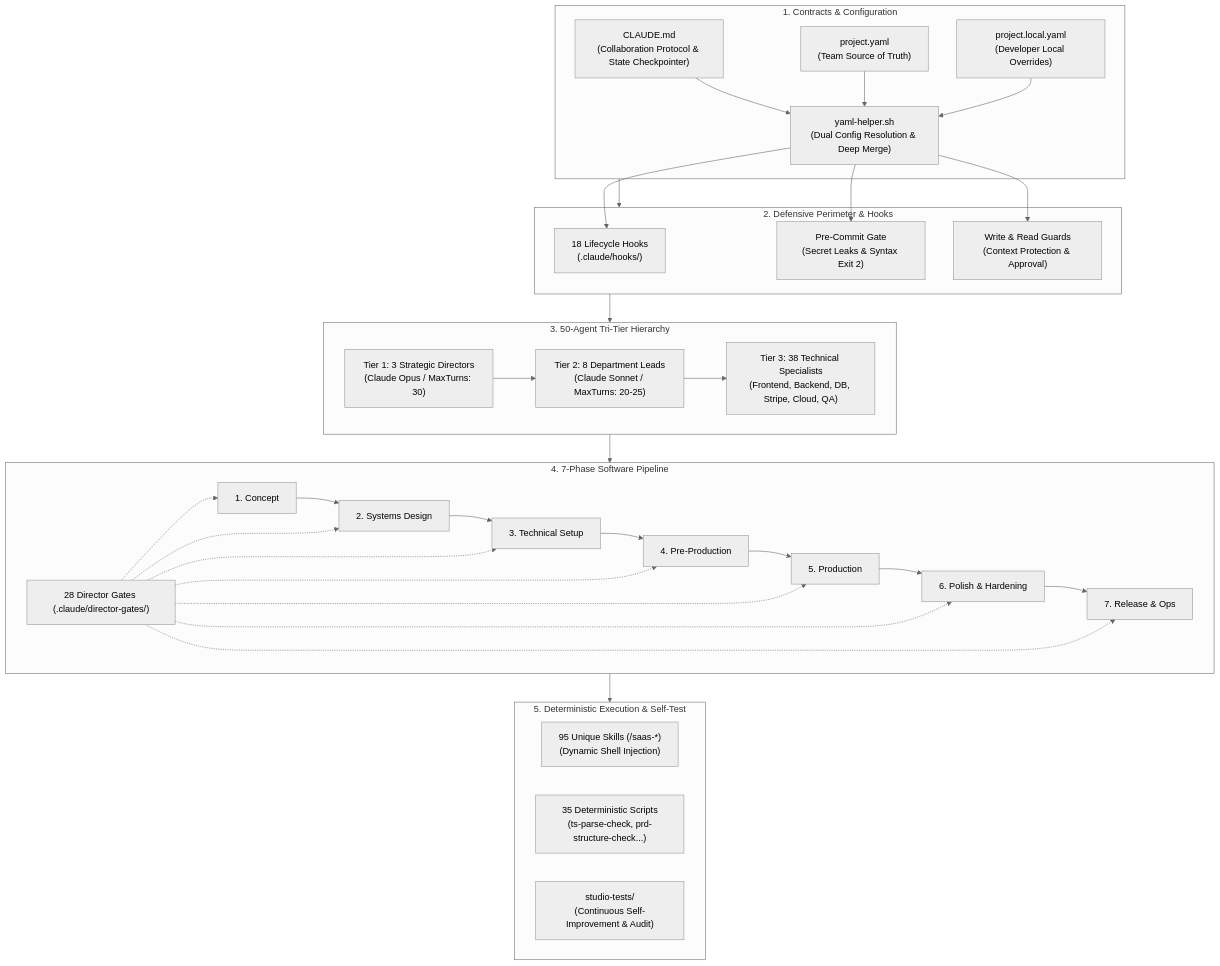
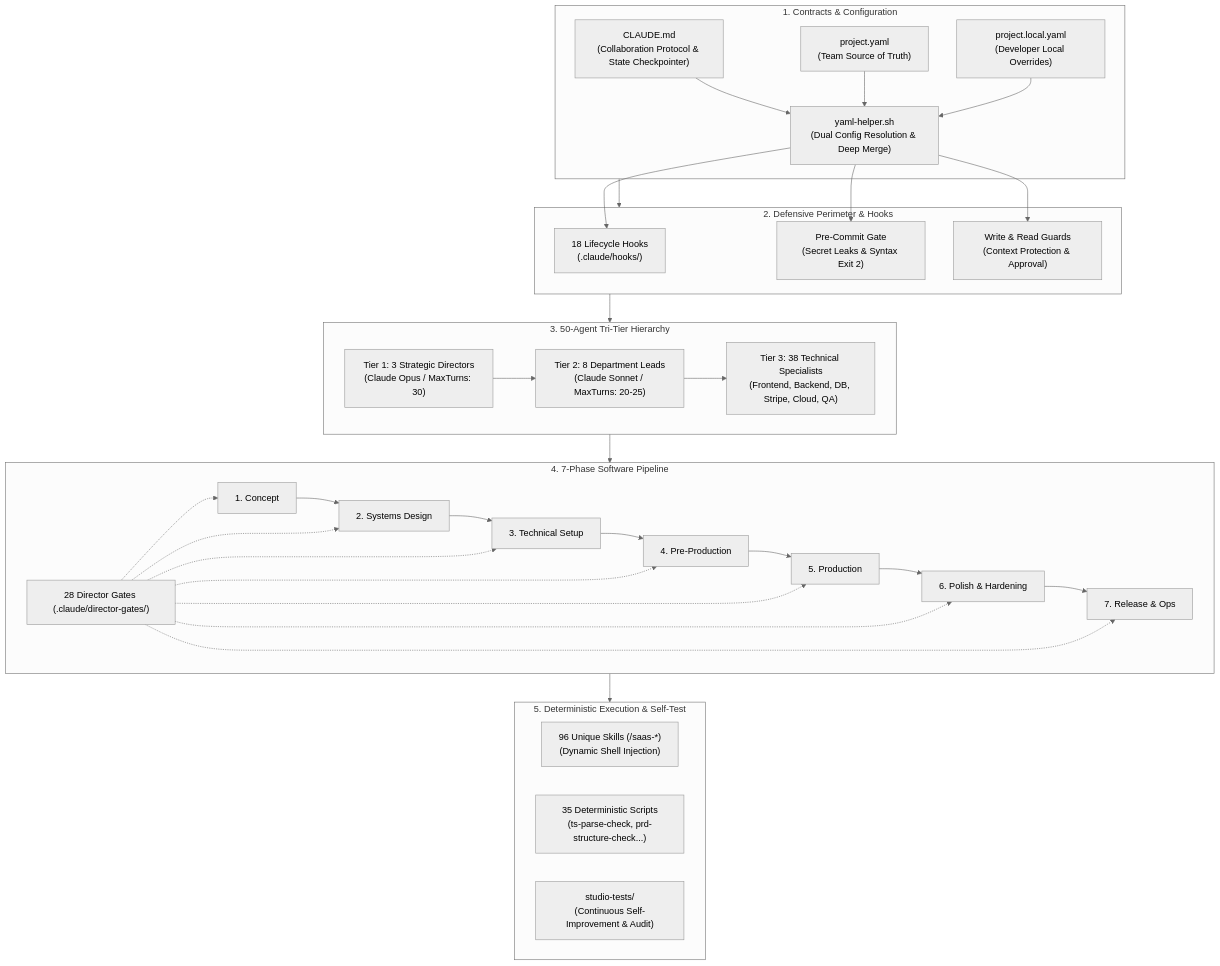
Before and after one commit to Basinfy/Basinfy-SaaS-Studio: the first of 2 diagrams in README.en.md, drawn with Mermaid (neutral theme). The commit also changed other lines of this file and 629 other files, not shown here.

````diff
--- a/README.en.md
+++ b/README.en.md
@@ -140,52 +140,52 @@
 ```mermaid
 flowchart TD
     subgraph ConfigLayer["1. Contracts & Configuration"]
         CM["CLAUDE.md<br/>(Collaboration Protocol & State Checkpointer)"]
         PY["project.yaml<br/>(Team Source of Truth)"]
         PLY["project.local.yaml<br/>(Developer Local Overrides)"]
         YH["yaml-helper.sh<br/>(Dual Config Resolution & Deep Merge)"]
         CM --> YH
         PY --> YH
         PLY --> YH
     end
 
     subgraph SecurityLayer["2. Defensive Perimeter & Hooks"]
         YH --> HK["18 Lifecycle Hooks<br/>(.claude/hooks/)"]
         YH --> DG["Pre-Commit Gate<br/>(Secret Leaks & Syntax Exit 2)"]
         YH --> WG["Write & Read Guards<br/>(Context Protection & Approval)"]
     end
 
     subgraph AgentLayer["3. 50-Agent Tri-Tier Hierarchy"]
         T1["Tier 1: 3 Strategic Directors<br/>(Claude Opus / MaxTurns: 30)"]
         T2["Tier 2: 8 Department Leads<br/>(Claude Sonnet / MaxTurns: 20-25)"]
         T3["Tier 3: 38 Technical Specialists<br/>(Frontend, Backend, DB, Stripe, Cloud, QA)"]
         T1 --> T2 --> T3
     end
 
     subgraph PipelineLayer["4. 7-Phase Software Pipeline"]
         P1["1. Concept"] --> P2["2. Systems Design"]
         P2 --> P3["3. Technical Setup"]
         P3 --> P4["4. Pre-Production"]
         P4 --> P5["5. Production"]
         P5 --> P6["6. Polish & Hardening"]
         P6 --> P7["7. Release & Ops"]
         GATES["28 Director Gates (.claude/director-gates/)"] -.-> P1
         GATES -.-> P2
         GATES -.-> P3
         GATES -.-> P4
         GATES -.-> P5
         GATES -.-> P6
         GATES -.-> P7
     end
 
     subgraph ExecutionLayer["5. Deterministic Execution & Self-Test"]
-        SK["95 Unique Skills (/saas-*)<br/>(Dynamic Shell Injection)"]
+        SK["96 Unique Skills (/saas-*)<br/>(Dynamic Shell Injection)"]
         SC["35 Deterministic Scripts<br/>(ts-parse-check, prd-structure-check...)"]
         TESTS["studio-tests/<br/>(Continuous Self-Improvement & Audit)"]
     end
 
     ConfigLayer --> SecurityLayer
     SecurityLayer --> AgentLayer
     AgentLayer --> PipelineLayer
     PipelineLayer --> ExecutionLayer
 ```
````
